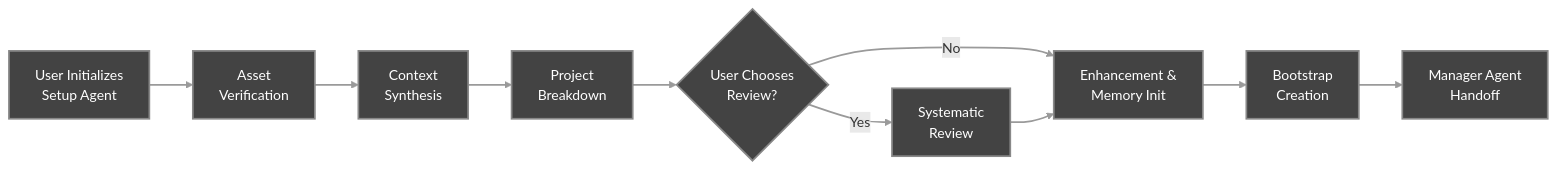
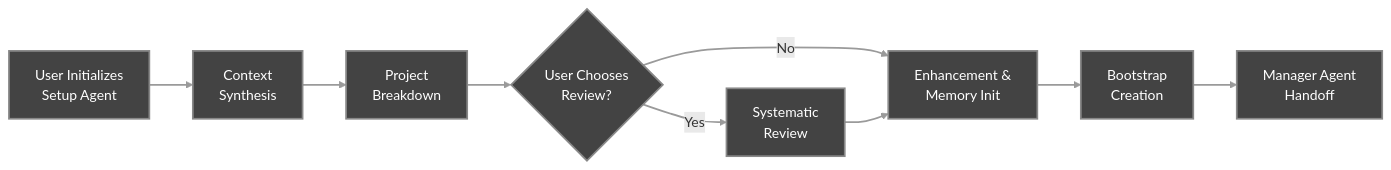
The first of 5 diagrams in docs/Workflow_Overview.md (sdi2200262/agentic-project-management), drawn with Mermaid before and after one commit. The commit also changed other lines of this file and 20 other files, not shown here.

````diff
--- a/docs/Workflow_Overview.md
+++ b/docs/Workflow_Overview.md
@@ -26,15 +46,14 @@
 ```mermaid
 graph LR
-    A[User Initializes<br/>Setup Agent] --> B[Asset<br/>Verification]
-    B --> C[Context<br/>Synthesis]
+    A[User Initializes<br/>Setup Agent] --> C[Context<br/>Synthesis]
     C --> D[Project<br/>Breakdown]
     D --> E{User Chooses<br/>Review?}
     E -->|Yes| F[Systematic<br/>Review]
     E -->|No| G[Enhancement &<br/>Memory Init]
     F --> G
     G --> H[Bootstrap<br/>Creation]
     H --> I[Manager Agent<br/>Handoff]
     
     classDef default fill:#434343,stroke:#888888,stroke-width:2px,color:#ffffff
     linkStyle default stroke:#9A9A9A,stroke-width:2px
 ```
````
